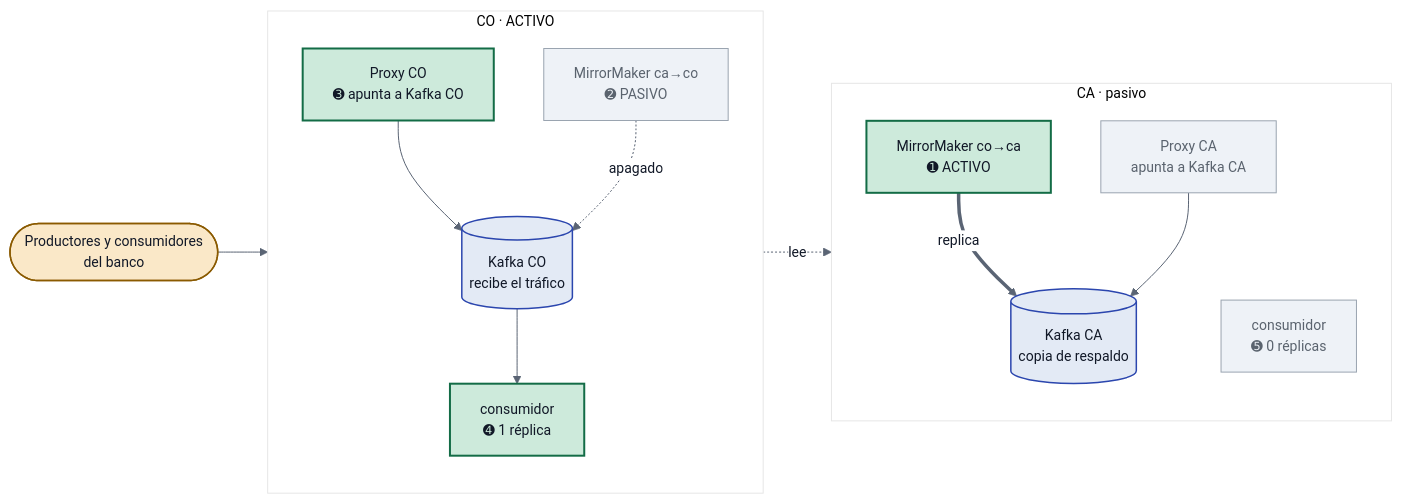
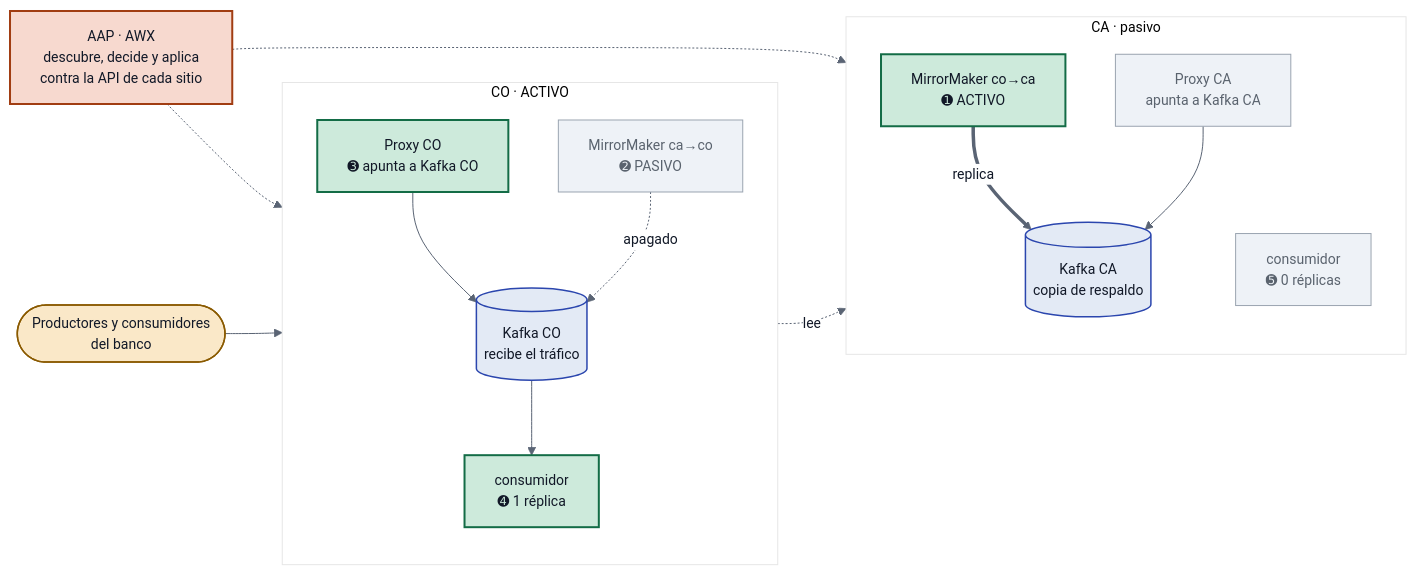
The first of 2 diagrams in README.md (Crittan01/aap-kafka-automation), drawn with Mermaid before and after one commit. The commit also changed other lines of this file, not shown here.

Commit message:
README: AAP en el diagrama de topologia
Mostraba sobre que se opera pero no quien opera. Se agrega AAP con lineas
punteadas hacia los dos sitios, y la aclaracion de que no se interpone en el
camino del dato: solo lee y modifica configuracion por la API.

````diff
--- a/README.md
+++ b/README.md
@@ -18,39 +18,44 @@
 ```mermaid
 %%{init: {'theme':'base','themeVariables':{'primaryColor':'#eef2f7','primaryTextColor':'#111827','primaryBorderColor':'#5a6474','lineColor':'#5a6474','secondaryColor':'#e3eaf5','tertiaryColor':'#ffffff','background':'#ffffff','mainBkg':'#eef2f7','textColor':'#111827','edgeLabelBackground':'#ffffff','labelBackground':'#ffffff','labelBoxBkgColor':'#ffffff','labelTextColor':'#111827','fontSize':'14px'}}}%%
 flowchart LR
+    AAP["AAP · AWX<br/>descubre, decide y aplica<br/>contra la API de cada sitio"]
     CLI([Productores y consumidores<br/>del banco])
 
     subgraph CO["CO · ACTIVO"]
         direction TB
         PCO["Proxy CO<br/>➌ apunta a Kafka CO"]
         KCO[("Kafka CO<br/>recibe el tráfico")]
         ACO["consumidor<br/>➍ 1 réplica"]
         MMA["MirrorMaker ca→co<br/>➋ PASIVO"]
     end
 
     subgraph CA["CA · pasivo"]
         direction TB
         PCA["Proxy CA<br/>apunta a Kafka CA"]
         KCA[("Kafka CA<br/>copia de respaldo")]
         ACA["consumidor<br/>➎ 0 réplicas"]
         MMB["MirrorMaker co→ca<br/>➊ ACTIVO"]
     end
 
+    AAP -.-> CO
+    AAP -.-> CA
     CLI --> PCO
     PCO --> KCO
     KCO --> ACO
     KCO -. "lee" .-> MMB
     MMB == "replica" ==> KCA
     PCA --> KCA
     MMA -. "apagado" .-> KCO
 
     classDef activo   fill:#cdeadb,stroke:#136c46,color:#111827,stroke-width:2px
     classDef pasivo   fill:#eef2f7,stroke:#9aa4b0,color:#5a636e,stroke-width:1px
     classDef kafka    fill:#e3eaf5,stroke:#2b46ae,color:#111827,stroke-width:1.5px
     classDef externo  fill:#fae8c8,stroke:#8a5a00,color:#111827,stroke-width:1.5px
+    classDef orquesta fill:#f7d9cf,stroke:#a13d12,color:#111827,stroke-width:2px
 
     class PCO,ACO,MMB activo
     class PCA,ACA,MMA pasivo
     class KCO,KCA kafka
     class CLI externo
+    class AAP orquesta
 ```
````
